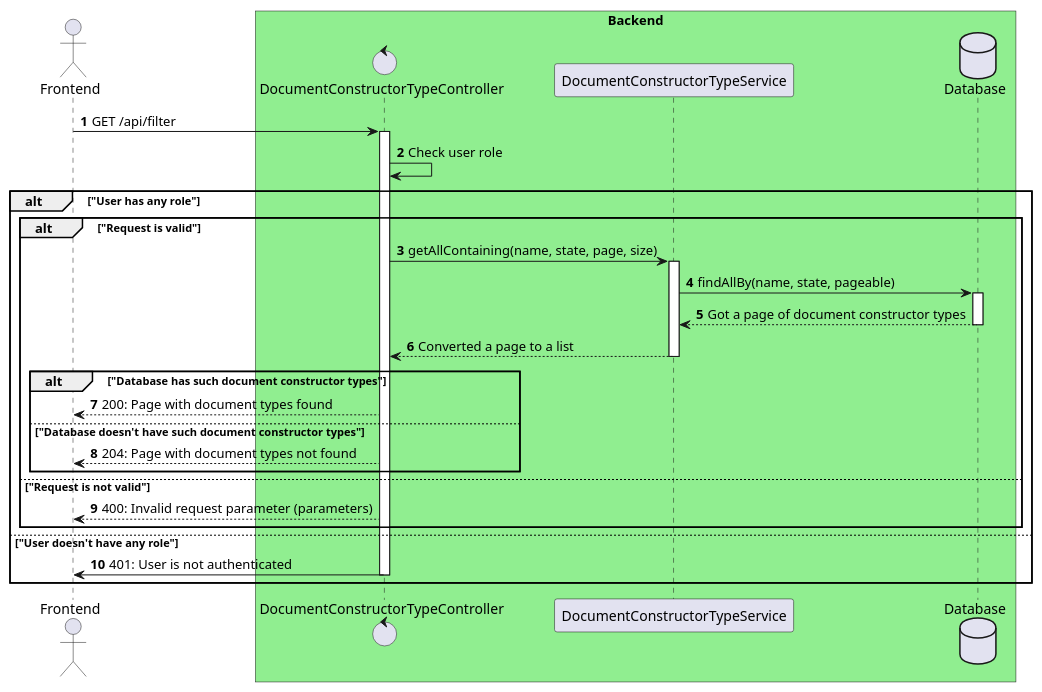
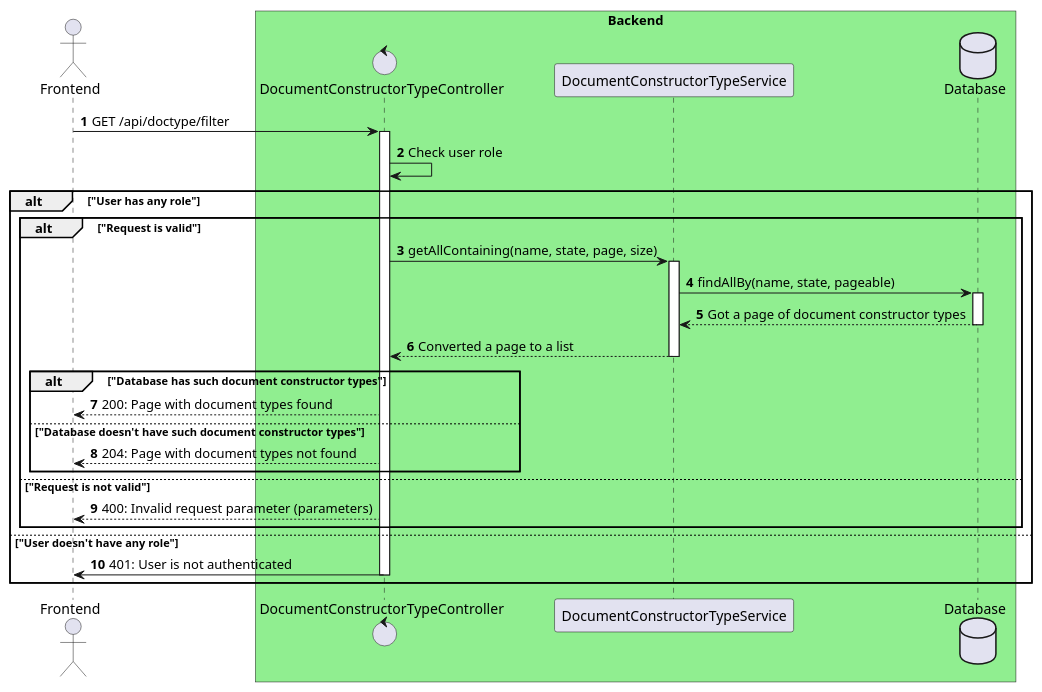
Before and after one commit to Sh1bari/CaseLabProject: the diagram in documentation/sequence-diagrams/DocumentConstructorTypeController/getAllDocumentTypes.puml, drawn with PlantUML. The commit also changed 3 other files, not shown here.

Commit message:
replace url from /api... to /api/doctype...

```diff
--- a/documentation/sequence-diagrams/DocumentConstructorTypeController/getAllDocumentTypes.puml
+++ b/documentation/sequence-diagrams/DocumentConstructorTypeController/getAllDocumentTypes.puml
@@ -1,33 +1,33 @@
 @startuml
 
 actor "Frontend" as front
 
 box "Backend" #Lightgreen
 control "DocumentConstructorTypeController" as controller
 participant "DocumentConstructorTypeService" as service
 database "Database" as db
 end box
 
 autonumber
 
-front -> controller++: GET /api/filter
+front -> controller++: GET /api/doctype/filter
 controller -> controller: Check user role
 alt "User has any role"
         alt "Request is valid"
         controller -> service++: getAllContaining(name, state, page, size)
         service -> db++: findAllBy(name, state, pageable)
         db --> service--: Got a page of document constructor types
         service --> controller--: Converted a page to a list
             alt "Database has such document constructor types"
                 controller --> front: 200: Page with document types found
             else "Database doesn't have such document constructor types"
                 controller --> front: 204: Page with document types not found
             end
         else "Request is not valid"
             controller --> front: 400: Invalid request parameter (parameters)
         end
 else "User doesn't have any role"
     controller -> front--: 401: User is not authenticated
 end
 
 @enduml
```
